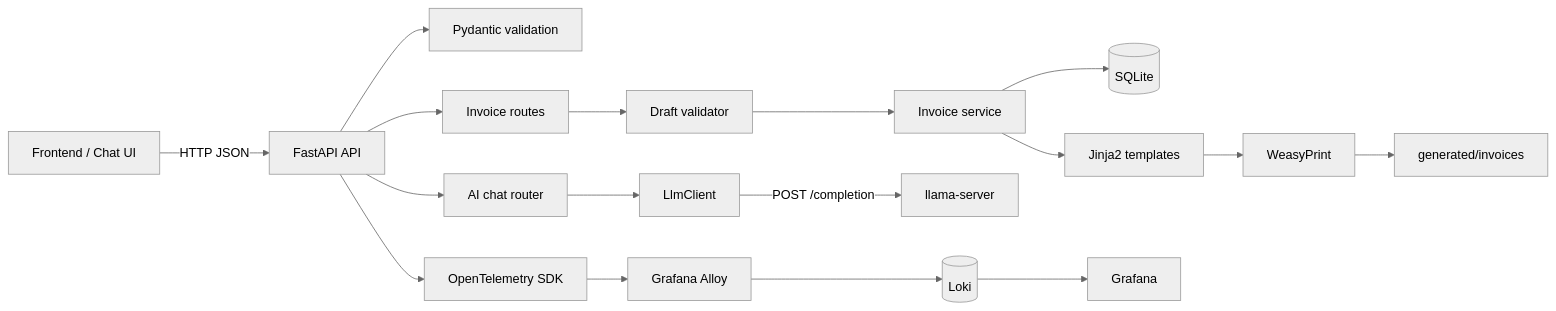
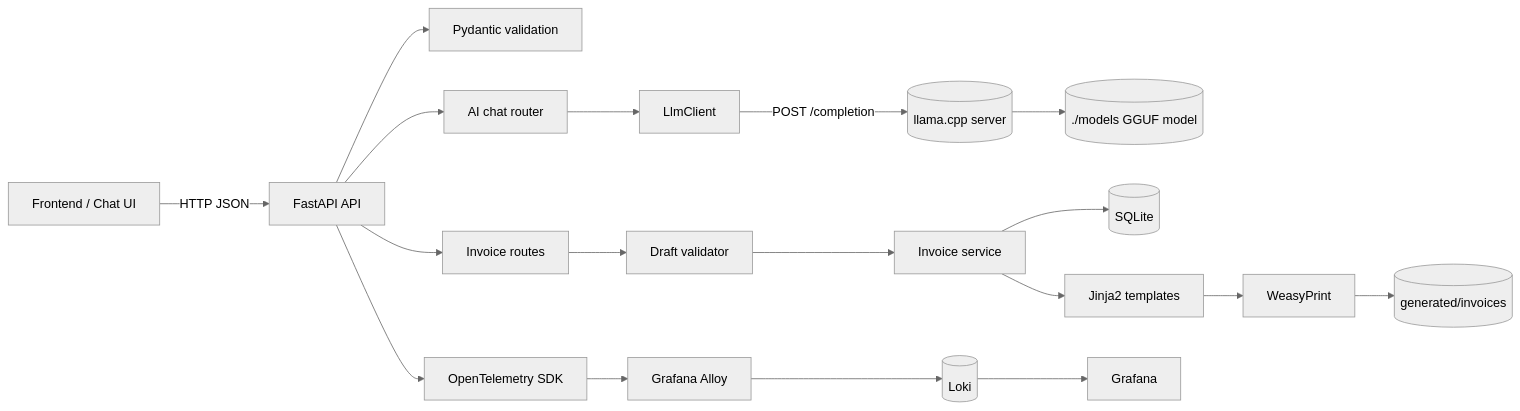
The first of 3 diagrams in README.md (sargis-tovmasyan/document-generation-api-ai), drawn with Mermaid (neutral theme) before and after one commit. The commit also changed other lines of this file, not shown here.

Commit message:
Update README for dockerized llama.cpp stack

````diff
--- a/README.md
+++ b/README.md
@@ -30,23 +32,25 @@
 ```mermaid
 flowchart LR
     Frontend[Frontend / Chat UI] -->|HTTP JSON| Api[FastAPI API]
 
     Api --> Schemas[Pydantic validation]
     Api --> Chat[AI chat router]
     Api --> InvoiceRoutes[Invoice routes]
 
     Chat --> LlmClient[LlmClient]
     InvoiceRoutes --> DraftValidator[Draft validator]
     DraftValidator --> InvoiceService[Invoice service]
 
-    LlmClient -->|POST /completion| Llama[llama-server]
+    LlmClient -->|POST /completion| Llama[(llama.cpp server)]
+    Llama --> Model[(./models GGUF model)]
+
     InvoiceService --> SQLite[(SQLite)]
     InvoiceService --> Templates[Jinja2 templates]
     Templates --> WeasyPrint[WeasyPrint]
-    WeasyPrint --> PdfStorage[generated/invoices]
+    WeasyPrint --> PdfStorage[(generated/invoices)]
 
     Api --> OTel[OpenTelemetry SDK]
     OTel --> Alloy[Grafana Alloy]
     Alloy --> Loki[(Loki)]
     Loki --> Grafana[Grafana]
 ```
````
